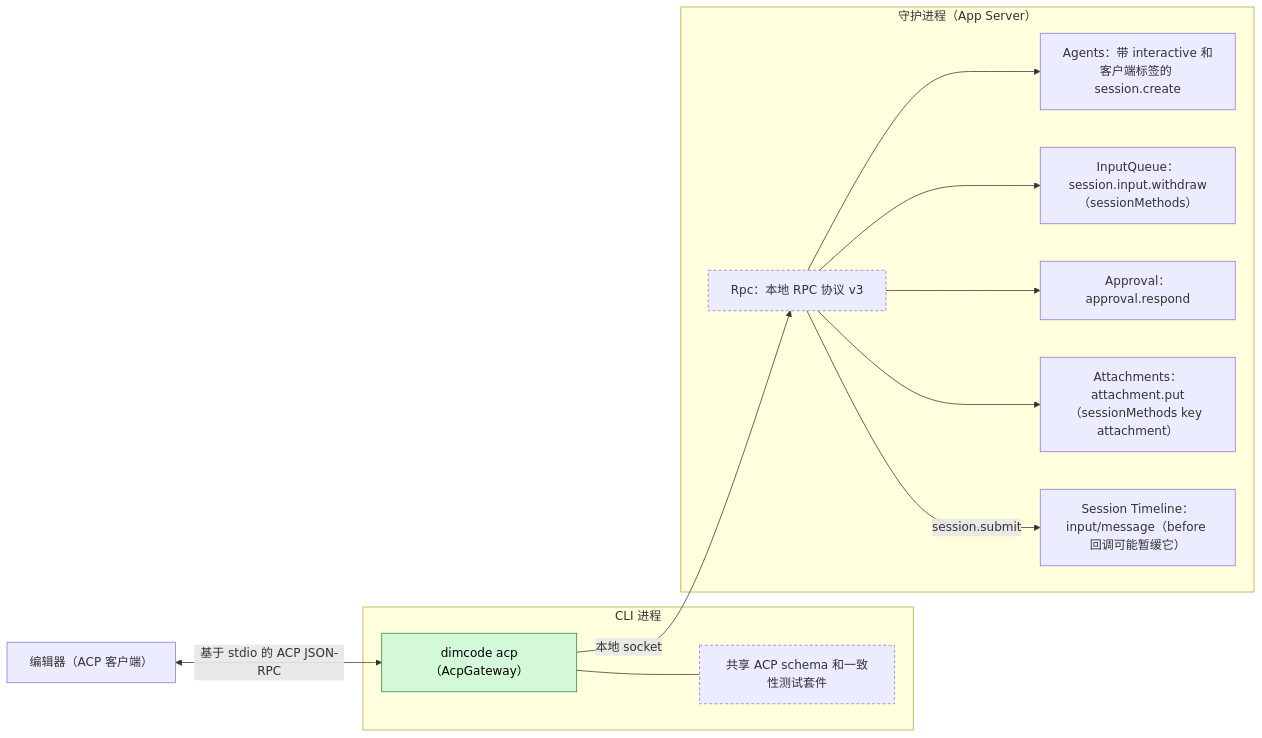
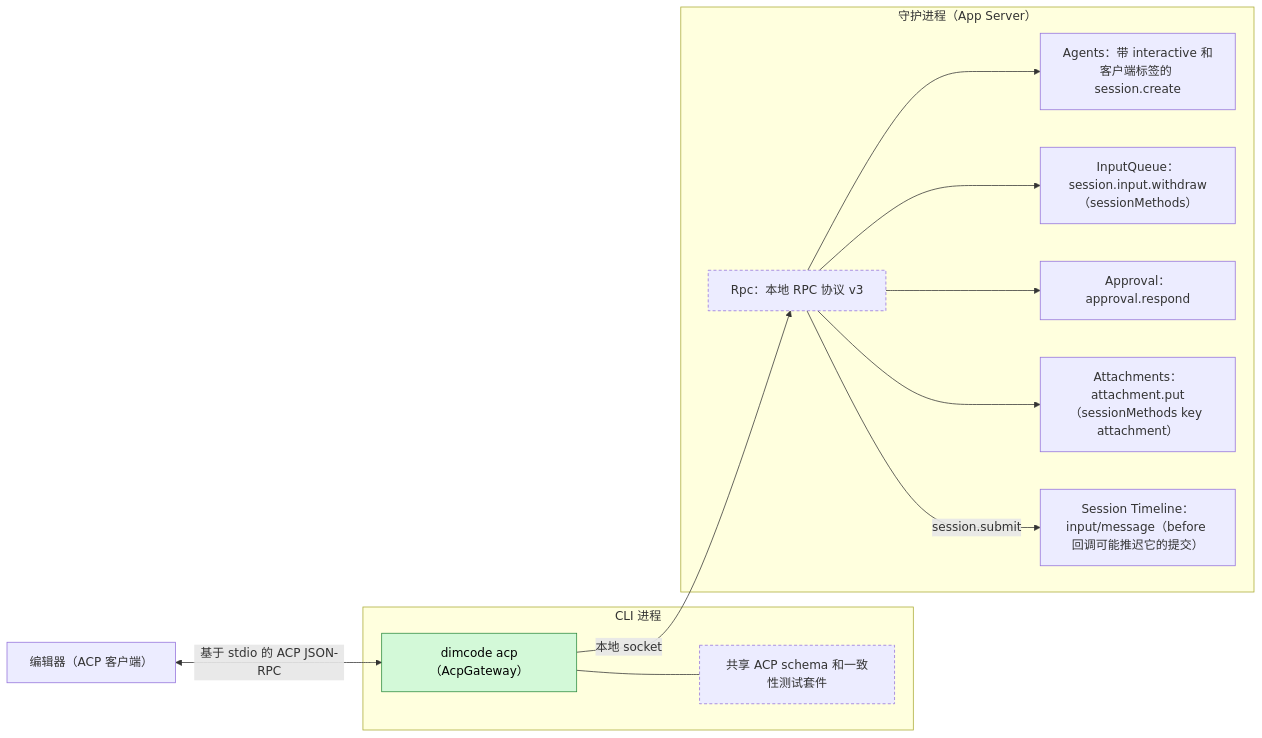
One commit to CoutinhoTTS/dim-agent changed the first of 5 diagrams in docs/zh/design/plugins/AcpGateway.md. Above: the diagram before and after it, drawn with Mermaid. The commit also changed other lines of this file and 40 other files, not shown here.

````diff
--- a/docs/zh/design/plugins/AcpGateway.md
+++ b/docs/zh/design/plugins/AcpGateway.md
@@ -9,26 +9,26 @@
 ```mermaid
 flowchart LR
   classDef new fill:#d3f9d8,stroke:#2b8a3e,color:#000
   classDef contract stroke-dasharray:4 3
   Editor["编辑器（ACP 客户端）"]
   subgraph cli["CLI 进程"]
     GW["dimcode acp（AcpGateway）"]:::new
     Schema["共享 ACP schema 和一致性测试套件"]:::contract
   end
   subgraph daemon["守护进程（App Server）"]
     Rpc["Rpc：本地 RPC 协议 v3"]:::contract
     Agents["Agents：带 interactive 和客户端标签的 session.create"]
     IQ["InputQueue：session.input.withdraw（sessionMethods）"]
     Appr["Approval：approval.respond"]
     Att["Attachments：attachment.put（sessionMethods key attachment）"]
-    TLD["Session Timeline：input/message（before 回调可能暂缓它）"]
+    TLD["Session Timeline：input/message（before 回调可能推迟它的提交）"]
   end
   Editor <-->|"基于 stdio 的 ACP JSON-RPC"| GW
   GW --- Schema
   GW -->|"本地 socket"| Rpc
   Rpc --> Agents
   Rpc --> IQ
   Rpc --> Appr
   Rpc --> Att
   Rpc -->|"session.submit"| TLD
 ```
````
